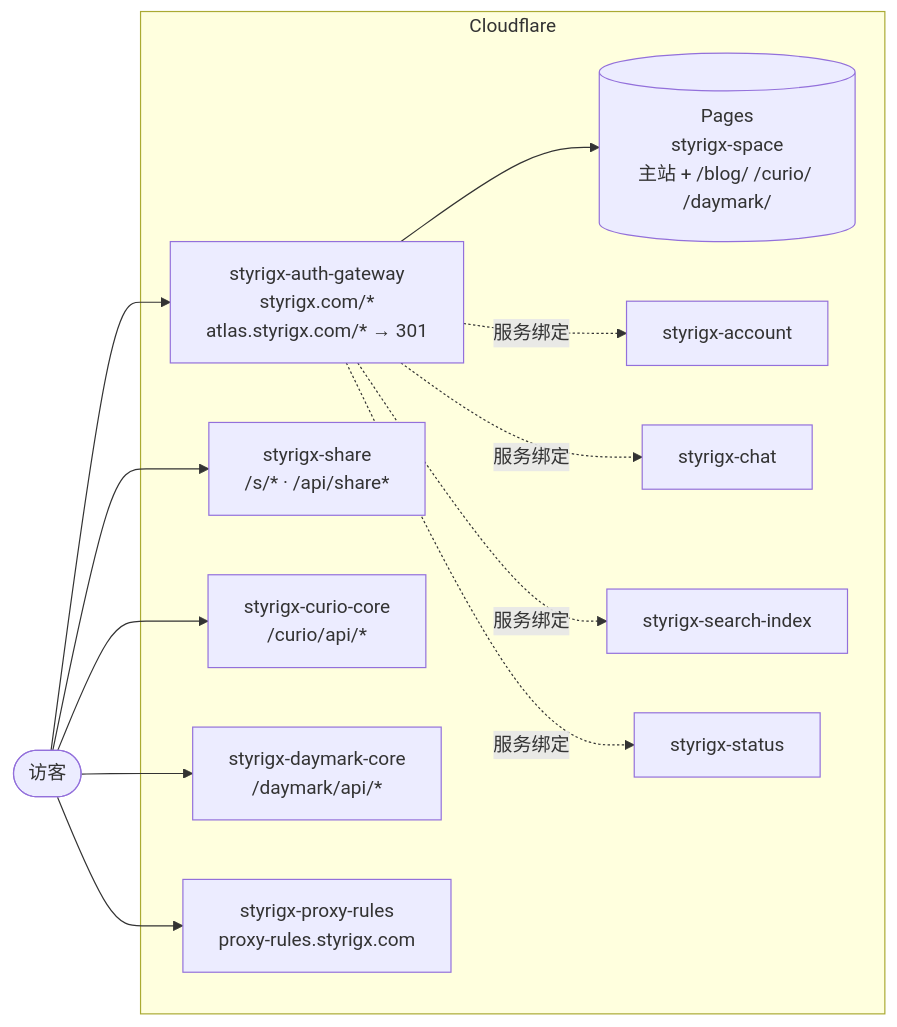
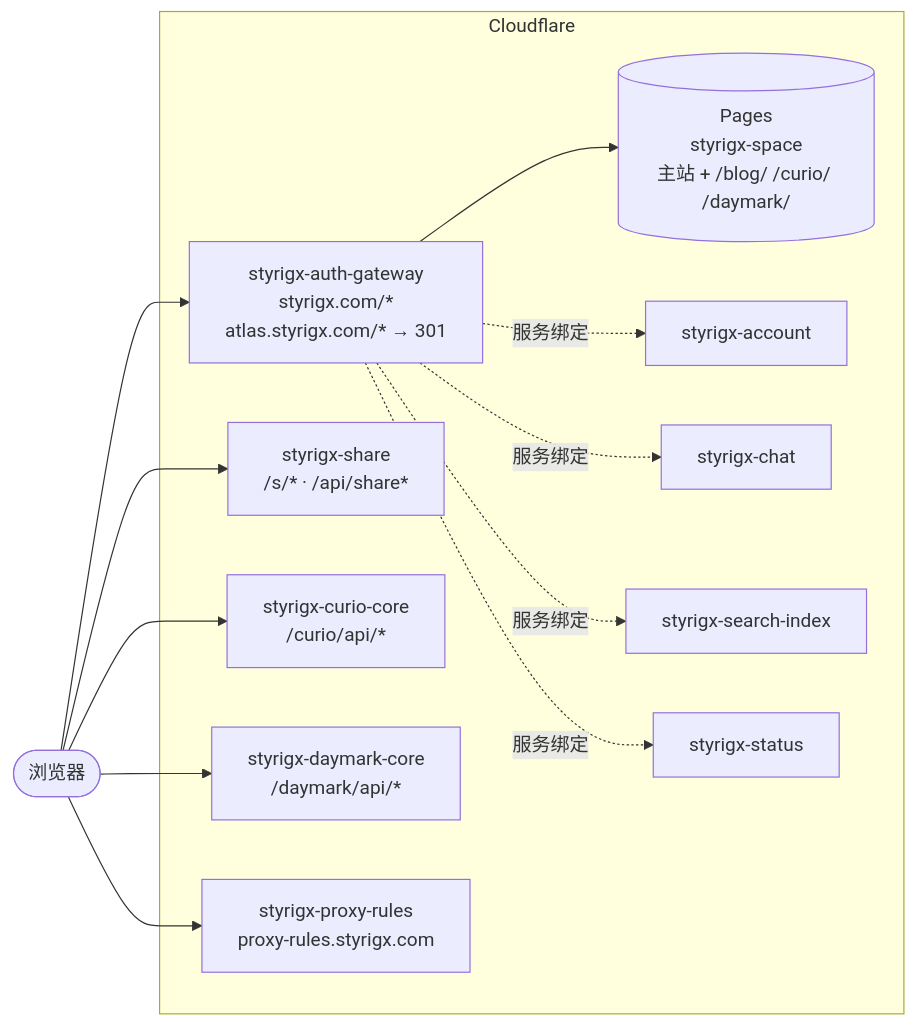
One commit to styrigx/styrigx-space changed the diagram in README.md. Above: the diagram before and after it, drawn with Mermaid. The commit also changed other lines of this file and 312 other files, not shown here.

````diff
--- a/README.md
+++ b/README.md
@@ -70,20 +70,20 @@
 ```mermaid
 flowchart LR
-  V([访客]) --> GW
+  V([浏览器]) --> GW
   subgraph CF[Cloudflare]
     GW[styrigx-auth-gateway<br/>styrigx.com/*<br/>atlas.styrigx.com/* → 301]
     SH[styrigx-share<br/>/s/* · /api/share*]
     CC[styrigx-curio-core<br/>/curio/api/*]
     DC[styrigx-daymark-core<br/>/daymark/api/*]
     GW --> P1[(Pages<br/>styrigx-space<br/>主站 + /blog/ /curio/ /daymark/)]
     GW -. 服务绑定 .-> AC[styrigx-account]
     GW -. 服务绑定 .-> CH[styrigx-chat]
     GW -. 服务绑定 .-> SE[styrigx-search-index]
     GW -. 服务绑定 .-> ST[styrigx-status]
     PR[styrigx-proxy-rules<br/>proxy-rules.styrigx.com]
   end
   V --> SH
   V --> CC
   V --> DC
   V --> PR
 ```
````
